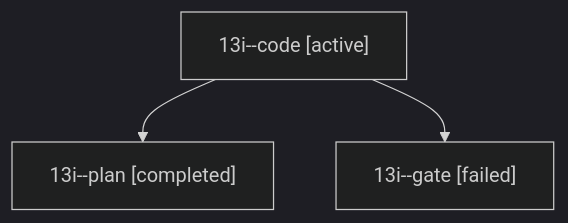
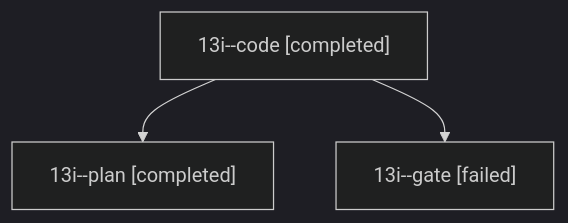
Before and after one commit to bobs-org/bob-cli--agents: the diagram in sessions/bbugyi200.athena.13i.md, drawn with Mermaid (dark theme). The commit also changed other lines of this file and 98 other files, not shown here.

````diff
--- a/sessions/bbugyi200.athena.13i.md
+++ b/sessions/bbugyi200.athena.13i.md
@@ -9,8 +9,8 @@
 ```mermaid
 flowchart TD
-  n0["13i--code [active]"]
+  n0["13i--code [completed]"]
   n1["13i--plan [completed]"]
   n0 --> n1
   n2["13i--gate [failed]"]
   n0 --> n2
 ```
````
